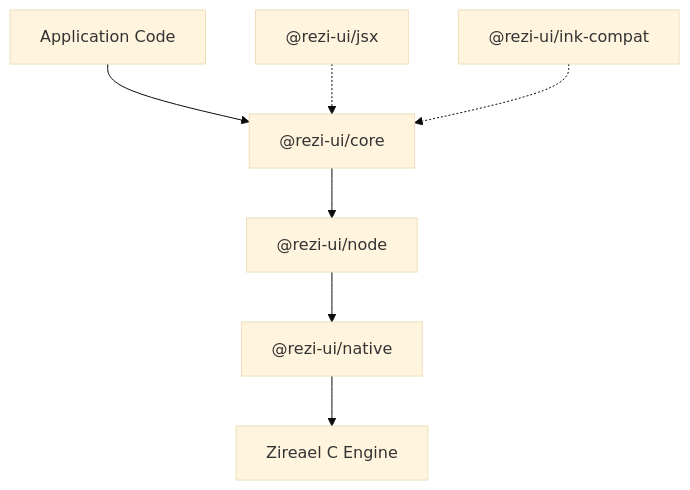
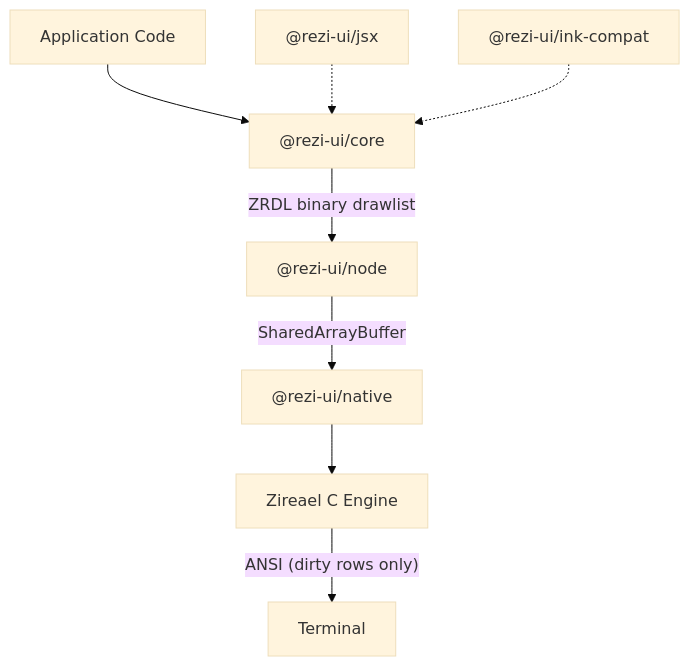
One commit to IronMask1234554321/Rezi changed the diagram in README.md. Above: the diagram before and after it, drawn with Mermaid (base theme). The commit also changed other lines of this file, not shown here.

First line of the commit message:
Rewrite README with technical architecture comparison

````diff
--- a/README.md
+++ b/README.md
@@ -134,9 +135,10 @@
 ```mermaid
 flowchart TB
   App["Application Code"] --> Core["@rezi-ui/core"]
   JSX["@rezi-ui/jsx"] -.-> Core
   InkCompat["@rezi-ui/ink-compat"] -.-> Core
-  Core --> Node["@rezi-ui/node"]
-  Node --> Native["@rezi-ui/native"]
+  Core -->|"ZRDL binary drawlist"| Node["@rezi-ui/node"]
+  Node -->|"SharedArrayBuffer"| Native["@rezi-ui/native"]
   Native --> Engine["Zireael C Engine"]
+  Engine -->|"ANSI (dirty rows only)"| Terminal["Terminal"]
 ```
````
